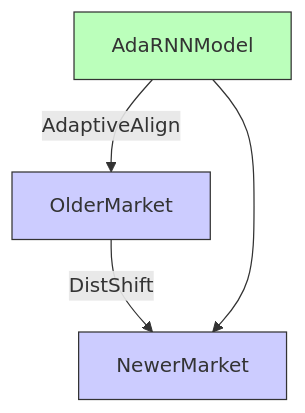
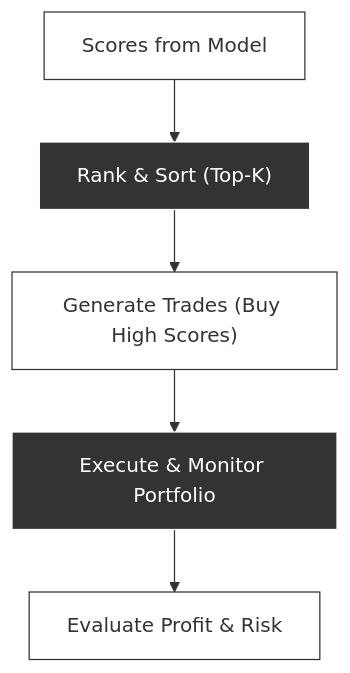
The second of 3 diagrams in blog/qlib-ai-quant-workflow-adarnn/index.md (nicolad/vadim.blog), drawn with Mermaid before and after one commit. The commit also changed other lines of this file and 1 other file, not shown here.

````diff
--- a/blog/qlib-ai-quant-workflow-adarnn/index.md
+++ b/blog/qlib-ai-quant-workflow-adarnn/index.md
@@ -64,9 +89,22 @@
 ```mermaid
 flowchart TD
-    S[OlderMarket] -->|DistShift| T[NewerMarket]
-    C[AdaRNNModel] -->|AdaptiveAlign| S
-    C --> T
-    style S fill:#ccf,stroke:#333,stroke-width:1px
-    style T fill:#ccf,stroke:#333,stroke-width:1px
-    style C fill:#bfb,stroke:#333,stroke-width:1px
+    classDef darkMode fill:#333,stroke:#fff,stroke-width:1px,color:#fff
+    classDef lightMode fill:#fff,stroke:#333,stroke-width:1px,color:#333
+
+    S["Scores from Model"]:::lightMode
+    R["Rank & Sort (Top-K)"]:::darkMode
+    T["Generate Trades (Buy High Scores)"]:::lightMode
+    P["Execute & Monitor Portfolio"]:::darkMode
+    U["Evaluate Profit & Risk"]:::lightMode
+
+    S --> R
+    R --> T
+    T --> P
+    P --> U
+
+    class S lightMode
+    class R darkMode
+    class T lightMode
+    class P darkMode
+    class U lightMode
 ```
````
